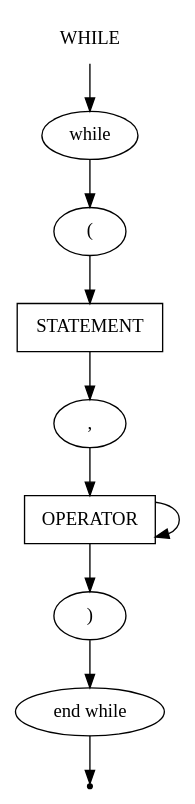
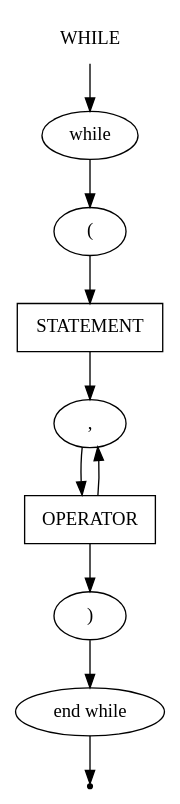
One commit to mshnschnko/ProMa changed the diagram in src/CodeParser/grammar/while.gv. Above: the diagram before and after it, drawn with Graphviz.

Commit message:
edit while grammar

```diff
--- a/src/CodeParser/grammar/while.gv
+++ b/src/CodeParser/grammar/while.gv
@@ -1,21 +1,21 @@
 digraph WHILE{
     start [label=WHILE shape=plaintext]
     while [label=while shape=oval]
     statement [label=STATEMENT shape=box]
     oper [label=OPERATOR shape=box]
     open [label="(" shape=oval]
     comma [label="," shape=oval]
     close [label=")" shape=oval]
     end_while [label="end while" shape=oval]
     end [label="" shape=point]
 
     start -> while
     while -> open
     open -> statement
     statement -> comma
     comma -> oper
-    oper -> oper
+    oper -> comma
     oper -> close
     close -> end_while
     end_while -> end
 }
```
